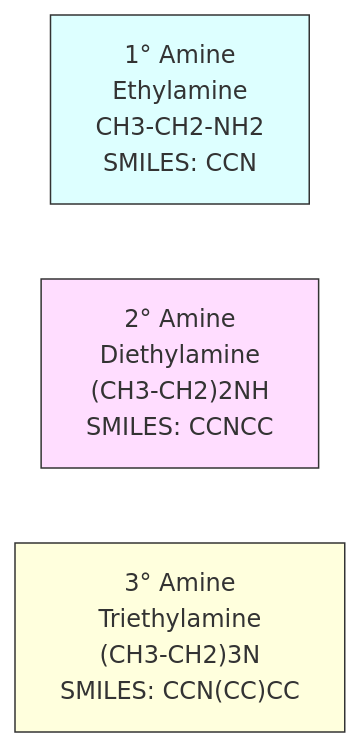
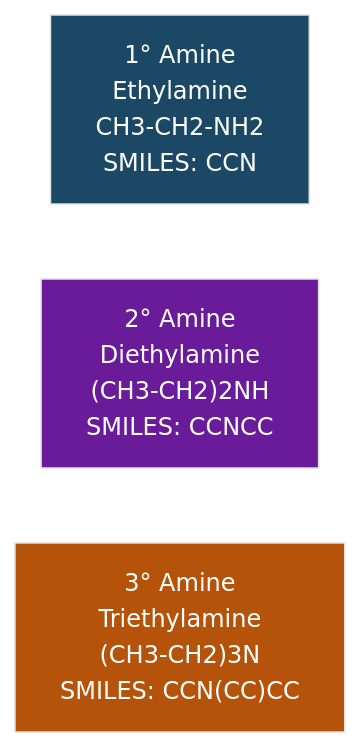
Before and after one commit to itachi-re/butex-notes: the first of 14 diagrams in CHEM-103/qna/amines_aminoacids_notes_260918.md, drawn with Mermaid.

Commit message:
Modify styles for amine structure representations
Updated styles for amine structures in notes.

````diff
--- a/CHEM-103/qna/amines_aminoacids_notes_260918.md
+++ b/CHEM-103/qna/amines_aminoacids_notes_260918.md
@@ -17,18 +17,18 @@
 ```mermaid
 graph LR
     A["1° Amine
     Ethylamine
     CH3-CH2-NH2
     SMILES: CCN"]
     B["2° Amine
     Diethylamine
     (CH3-CH2)2NH
     SMILES: CCNCC"]
     C["3° Amine
     Triethylamine
     (CH3-CH2)3N
     SMILES: CCN(CC)CC"]
-    style A fill:#dff,stroke:#333
-    style B fill:#fdf,stroke:#333
-    style C fill:#ffd,stroke:#333
+    style A fill:#1b4965,stroke:#e0e0e0,color:#ffffff
+    style B fill:#6a1b9a,stroke:#e0e0e0,color:#ffffff
+    style C fill:#b45309,stroke:#e0e0e0,color:#ffffff
 ```
````
